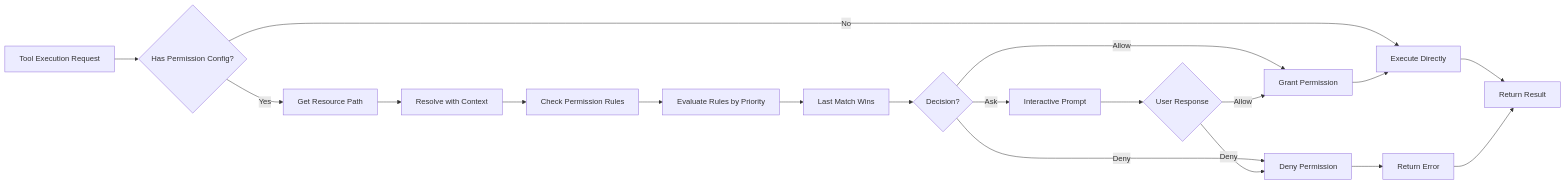
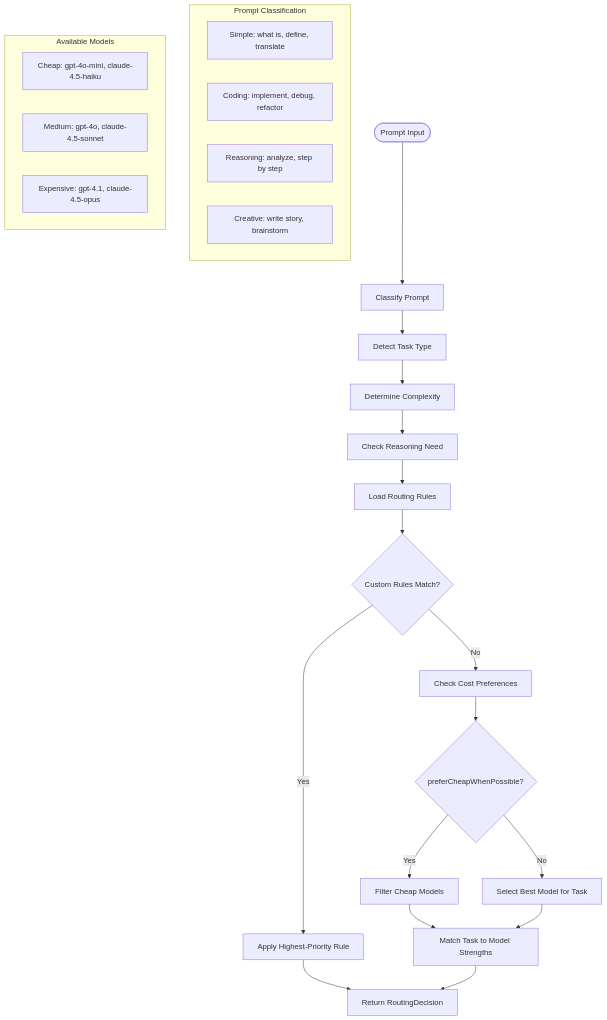
The fourth of 6 diagrams in docs/ARCHITECTURE.md (ausardcompany/alexi), drawn with Mermaid before and after one commit. The commit also changed other lines of this file and 6 other files, not shown here.

````diff
--- a/docs/ARCHITECTURE.md
+++ b/docs/ARCHITECTURE.md
@@ -208,26 +248,38 @@
 ```mermaid
-flowchart LR
-    ToolExec[Tool Execution Request] --> HasPerm{Has Permission Config?}
-    HasPerm -->|Yes| GetResource[Get Resource Path]
-    HasPerm -->|No| DirectExec[Execute Directly]
-    
-    GetResource --> ResolveCtx[Resolve with Context]
-    ResolveCtx --> CheckRules[Check Permission Rules]
-    
-    CheckRules --> EvalRules[Evaluate Rules by Priority]
-    EvalRules --> LastMatch[Last Match Wins]
-    
-    LastMatch --> Decision{Decision?}
-    Decision -->|Allow| Grant[Grant Permission]
-    Decision -->|Deny| Reject[Deny Permission]
-    Decision -->|Ask| Interactive[Interactive Prompt]
-    
-    Interactive --> UserResp{User Response}
-    UserResp -->|Allow| Grant
-    UserResp -->|Deny| Reject
-    
-    Grant --> DirectExec
-    Reject --> RetErr[Return Error]
-    DirectExec --> Result[Return Result]
-    RetErr --> Result
+flowchart TB
+    Input([Prompt Input]) --> Classify[Classify Prompt]
+
+    Classify --> DetectType[Detect Task Type]
+    DetectType --> DetectComplexity[Determine Complexity]
+    DetectComplexity --> CheckReasoning[Check Reasoning Need]
+
+    CheckReasoning --> LoadRules[Load Routing Rules]
+    LoadRules --> EvalRules{Custom Rules Match?}
+
+    EvalRules -->|Yes| ApplyRule[Apply Highest-Priority Rule]
+    ApplyRule --> RouteDecision[Return RoutingDecision]
+
+    EvalRules -->|No| CheckPreferences[Check Cost Preferences]
+    CheckPreferences --> PreferCheap{preferCheapWhenPossible?}
+
+    PreferCheap -->|Yes| FilterCheap[Filter Cheap Models]
+    PreferCheap -->|No| SelectBest[Select Best Model for Task]
+
+    FilterCheap --> MatchStrengths[Match Task to Model Strengths]
+    SelectBest --> MatchStrengths
+
+    MatchStrengths --> RouteDecision
+
+    subgraph Classification["Prompt Classification"]
+        SimplePatterns["Simple: what is, define, translate"]
+        CodingPatterns["Coding: implement, debug, refactor"]
+        ReasoningPatterns["Reasoning: analyze, step by step"]
+        CreativePatterns["Creative: write story, brainstorm"]
+    end
+
+    subgraph Models["Available Models"]
+        Cheap["Cheap: gpt-4o-mini, claude-4.5-haiku"]
+        Medium["Medium: gpt-4o, claude-4.5-sonnet"]
+        Expensive["Expensive: gpt-4.1, claude-4.5-opus"]
+    end
 ```
````
